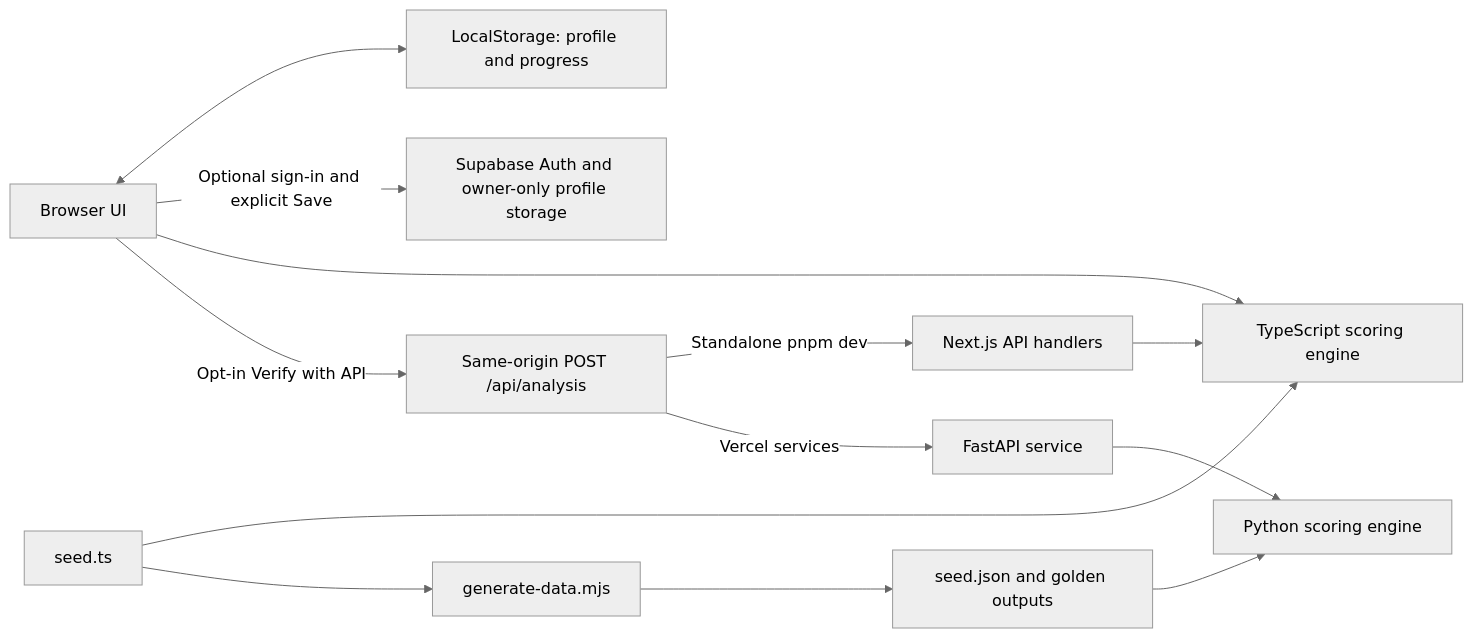
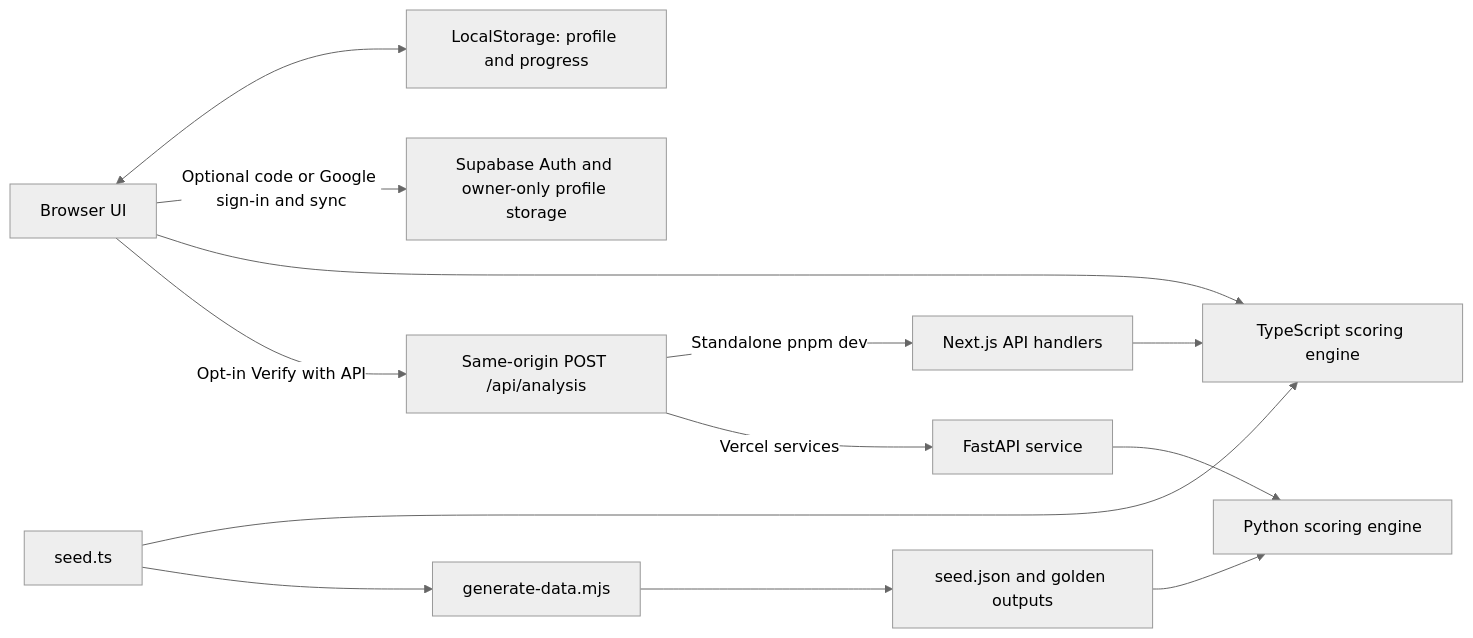
The diagram in README.md (truffleloaf/SDC-Hack), drawn with Mermaid (neutral theme) before and after one commit. The commit also changed other lines of this file and 11 other files, not shown here.

Commit message:
Complete brief verification and provide a link-free sign-in code email template

````diff
--- a/README.md
+++ b/README.md
@@ -13,15 +11,15 @@
 ```mermaid
 flowchart LR
   Browser[Browser UI] <--> Local[LocalStorage: profile and progress]
-  Browser -->|Optional sign-in and explicit Save| Supabase[Supabase Auth and owner-only profile storage]
+  Browser -->|Optional code or Google sign-in and sync| Supabase[Supabase Auth and owner-only profile storage]
   Browser --> TS[TypeScript scoring engine]
   Seed[seed.ts] --> TS
   Seed --> Export[generate-data.mjs]
   Export --> JSON[seed.json and golden outputs]
   JSON --> Python[Python scoring engine]
   Browser -->|Opt-in Verify with API| Router[Same-origin POST /api/analysis]
   Router -->|Standalone pnpm dev| Next[Next.js API handlers]
   Next --> TS
   Router -->|Vercel services| FastAPI[FastAPI service]
   FastAPI --> Python
 ```
````
